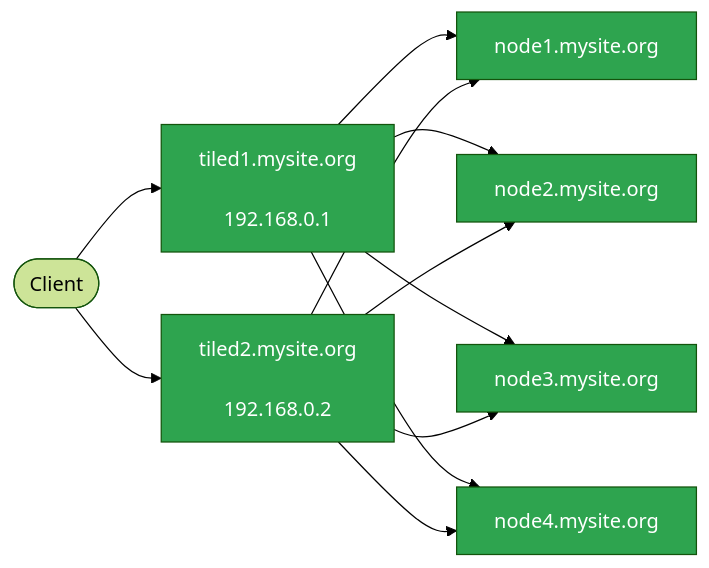
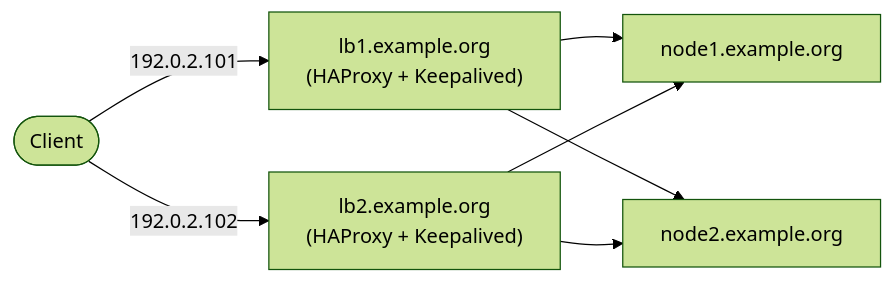
One commit to bluesky/tiled changed the second of 2 diagrams in docs/source/user-guide/deploy-tiled-multi-node.md. Above: the diagram before and after it, drawn with Mermaid (forest theme). The commit also changed other lines of this file, not shown here.

First line of the commit message:
docs: Rework multi-node deployment page

````diff
--- a/docs/source/user-guide/deploy-tiled-multi-node.md
+++ b/docs/source/user-guide/deploy-tiled-multi-node.md
@@ -274,25 +120,9 @@
 ```mermaid
 flowchart LR
-    Client([Client]) --> LB1["
-tiled1.mysite.org
-
-192.168.0.1"]
-    Client([Client]) --> LB2["
-tiled2.mysite.org
-
-192.168.0.2"]
-    LB1 --> T1[node1.mysite.org]
-    LB1 --> T2[node2.mysite.org]
-    LB1 --> T3[node3.mysite.org]
-    LB1 --> T4[node4.mysite.org]
-    LB2 --> T1[node1.mysite.org]
-    LB2 --> T2[node2.mysite.org]
-    LB2 --> T3[node3.mysite.org]
-    LB2 --> T4[node4.mysite.org]
-    style LB1 fill:#2ea44f,color:#fff
-    style LB2 fill:#2ea44f,color:#fff
-    style T1 fill:#2ea44f,color:#fff
-    style T2 fill:#2ea44f,color:#fff
-    style T3 fill:#2ea44f,color:#fff
-    style T4 fill:#2ea44f,color:#fff
+    Client([Client]) -->|192.0.2.101| LB1["lb1.example.org<br>(HAProxy + Keepalived)"]
+    Client -->|192.0.2.102| LB2["lb2.example.org<br>(HAProxy + Keepalived)"]
+    LB1 --> N1[node1.example.org]
+    LB1 --> N2[node2.example.org]
+    LB2 --> N1
+    LB2 --> N2
 ```
````
